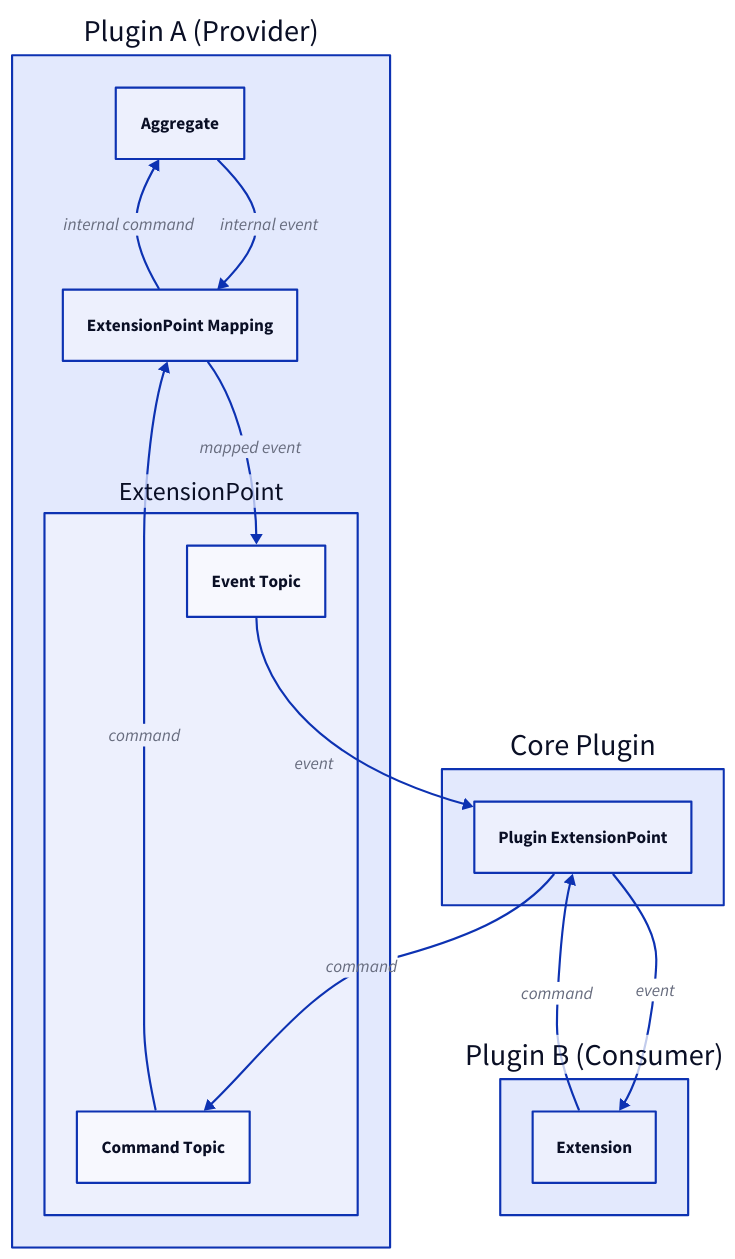
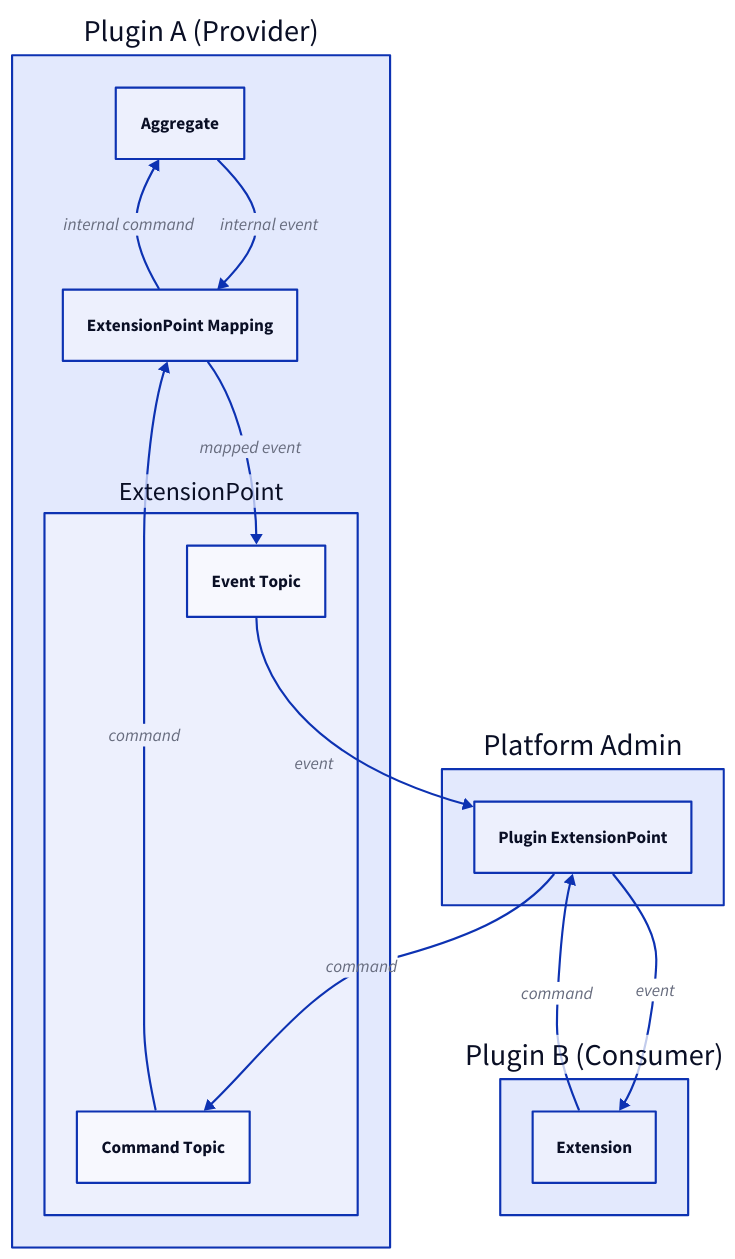
One commit to ReventlessDev/reventless-core changed the first of 3 diagrams in packages/doc/docs-app/components/extensionpoint.md. Above: the diagram before and after it, drawn with D2. The commit also changed other lines of this file and 92 other files, not shown here.

````diff
--- a/packages/doc/docs-app/components/extensionpoint.md
+++ b/packages/doc/docs-app/components/extensionpoint.md
@@ -17,34 +17,34 @@
 ```d2
 PluginA: "Plugin A (Provider)" {
   class: plugin-area
 
   Agg: Aggregate { class: aggregate }
   EPM: ExtensionPoint Mapping { class: event-mapper }
 
   EP: ExtensionPoint {
     class: extension-point-area
     CT: Command Topic { class: command-topic }
     ET: Event Topic { class: event-topic }
   }
 
   Agg -> EPM: internal event { class: event-flow }
   EPM -> EP.ET: mapped event { class: event-flow }
   EP.CT -> EPM: command { class: command-flow }
   EPM -> Agg: internal command { class: command-flow }
 }
 
-CoreStack: Core Plugin {
+Admin: Platform Admin {
   class: plugin-area
   PEP: Plugin ExtensionPoint { class: extension-point }
 }
 
 PluginB: "Plugin B (Consumer)" {
   class: plugin-area
   Ext: Extension { class: extension }
 }
 
-PluginA.EP.ET -> CoreStack.PEP: event { class: cross-plugin }
-CoreStack.PEP -> PluginB.Ext: event { class: cross-plugin }
-PluginB.Ext -> CoreStack.PEP: command { class: cross-plugin }
-CoreStack.PEP -> PluginA.EP.CT: command { class: cross-plugin }
+PluginA.EP.ET -> Admin.PEP: event { class: cross-plugin }
+Admin.PEP -> PluginB.Ext: event { class: cross-plugin }
+PluginB.Ext -> Admin.PEP: command { class: cross-plugin }
+Admin.PEP -> PluginA.EP.CT: command { class: cross-plugin }
 ```
````
